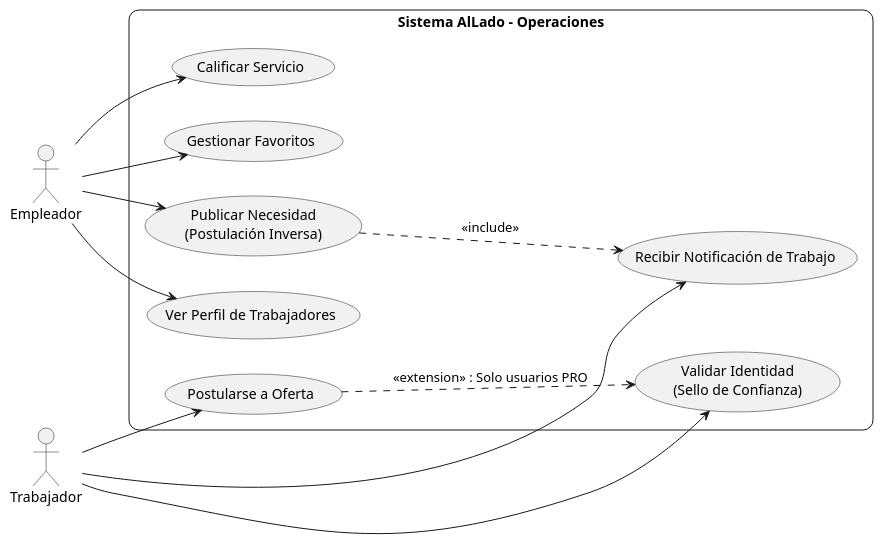
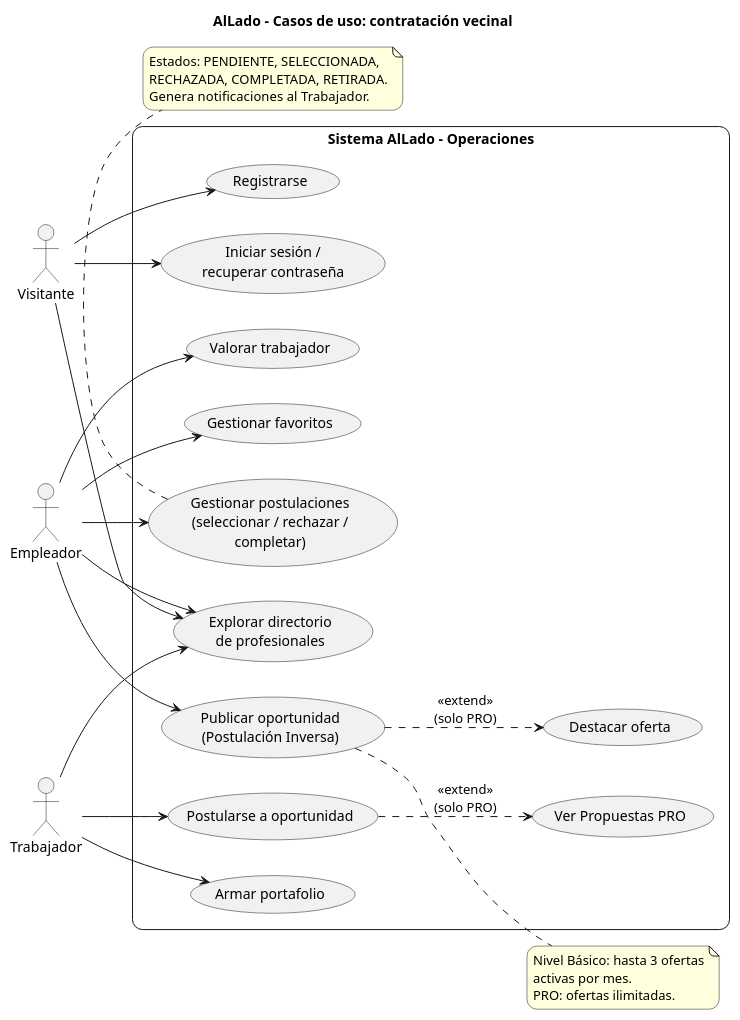
The diagram in Diseño/Diagramas/diagramaCasosDeUso1.puml (SilvioAlfredo/Proyecto_AlLado), drawn with PlantUML before and after one commit. The commit also changed 585 other files, not shown here.

```diff
--- a/Diseño/Diagramas/diagramaCasosDeUso1.puml
+++ b/Diseño/Diagramas/diagramaCasosDeUso1.puml
@@ -1,31 +1,57 @@
-@startuml
+@startuml CasosDeUso1
+
 left to right direction
 skinparam packageStyle rectangle
 skinparam roundcorner 20
 
+title AlLado - Casos de uso: contratación vecinal
+
+actor "Visitante" as V
 actor "Empleador" as E
 actor "Trabajador" as T
 
 rectangle "Sistema AlLado - Operaciones" {
-    usecase "Publicar Necesidad\n(Postulación Inversa)" as UC1
-    usecase "Ver Perfil de Trabajadores" as UC2
-    usecase "Postularse a Oferta" as UC3
-    usecase "Recibir Notificación de Trabajo" as UC4
-    usecase "Calificar Servicio" as UC5
-    usecase "Gestionar Favoritos" as UC6
-    usecase "Validar Identidad\n(Sello de Confianza)" as UC7
-    
-    ' Extensiones y dependencias
-    UC1 ..> UC4 : <<include>>
-    UC3 ..> UC7 : <<extension>> : Solo usuarios PRO
+    usecase "Registrarse" as UC1
+    usecase "Iniciar sesión /\nrecuperar contraseña" as UC2
+    usecase "Explorar directorio\nde profesionales" as UC3
+    usecase "Publicar oportunidad\n(Postulación Inversa)" as UC4
+    usecase "Postularse a oportunidad" as UC5
+    usecase "Gestionar postulaciones\n(seleccionar / rechazar /\ncompletar)" as UC6
+    usecase "Valorar trabajador" as UC7
+    usecase "Gestionar favoritos" as UC8
+    usecase "Destacar oferta" as UC9
+    usecase "Ver Propuestas PRO" as UC10
+    usecase "Armar portafolio" as UC11
+
+    ' Extensiones reservadas al plan PRO
+    UC4 ..> UC9 : <<extend>>\n(solo PRO)
+    UC5 ..> UC10 : <<extend>>\n(solo PRO)
 }
 
-E --> UC1
-E --> UC2
-E --> UC5
+V --> UC1
+V --> UC2
+V --> UC3
+
+E --> UC3
+E --> UC4
 E --> UC6
+E --> UC7
+E --> UC8
 
 T --> UC3
-T --> UC4
-T --> UC7
+T --> UC5
+T --> UC11
+
+note right of UC4
+  Nivel Básico: hasta 3 ofertas
+  activas por mes.
+  PRO: ofertas ilimitadas.
+end note
+
+note bottom of UC6
+  Estados: PENDIENTE, SELECCIONADA,
+  RECHAZADA, COMPLETADA, RETIRADA.
+  Genera notificaciones al Trabajador.
+end note
+
 @enduml
```
